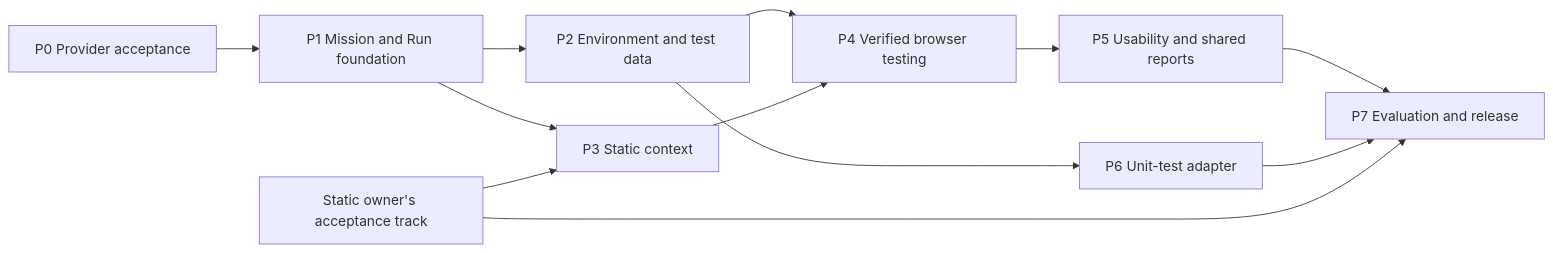
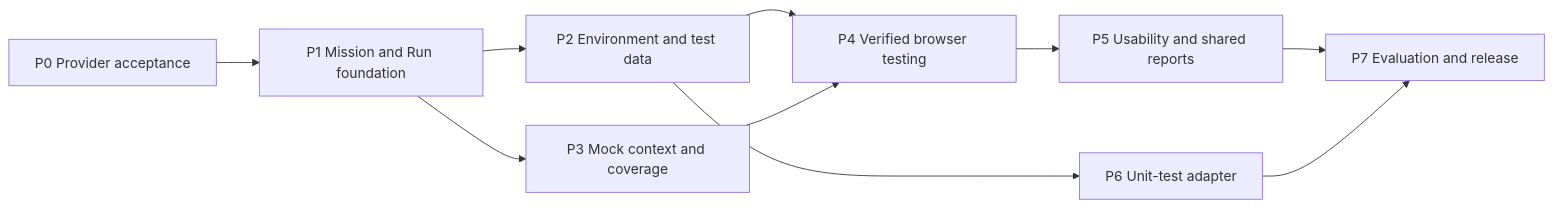
The diagram in docs/DEVELOPMENT_PLAN.md (kongjiyu/centinel), drawn with Mermaid before and after one commit. The commit also changed other lines of this file and 45 other files, not shown here.

````diff
--- a/docs/DEVELOPMENT_PLAN.md
+++ b/docs/DEVELOPMENT_PLAN.md
@@ -80,14 +86,12 @@
 ```mermaid
 flowchart LR
   P0["P0 Provider acceptance"] --> P1["P1 Mission and Run foundation"]
   P1 --> P2["P2 Environment and test data"]
-  P1 --> P3["P3 Static context"]
+  P1 --> P3["P3 Mock context and coverage"]
   P2 --> P4["P4 Verified browser testing"]
   P3 --> P4
   P4 --> P5["P5 Usability and shared reports"]
   P2 --> P6["P6 Unit-test adapter"]
   P5 --> P7["P7 Evaluation and release"]
   P6 --> P7
-  S["Static owner's acceptance track"] --> P3
-  S --> P7
 ```
````
